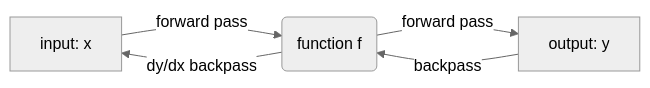
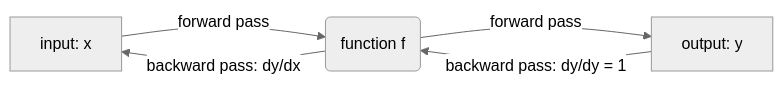
One commit to aaronjoseph/DataScienceNotes changed the second of 2 diagrams in Computational Graph.md. Above: the diagram before and after it, drawn with Mermaid (neutral theme). The commit also changed other lines of this file and 44 other files, not shown here.

````diff
--- a/Computational Graph.md
+++ b/Computational Graph.md
@@ -42,7 +45,7 @@
 ```mermaid
 graph LR
     A[input: x] -- forward pass --> B(function f)
     B -- forward pass --> C[output: y]
-    C -- backpass --> B
-    B -- dy/dx backpass --> A
+    C -- backward pass: dy/dy = 1 --> B
+    B -- backward pass: dy/dx --> A
 ```
````
